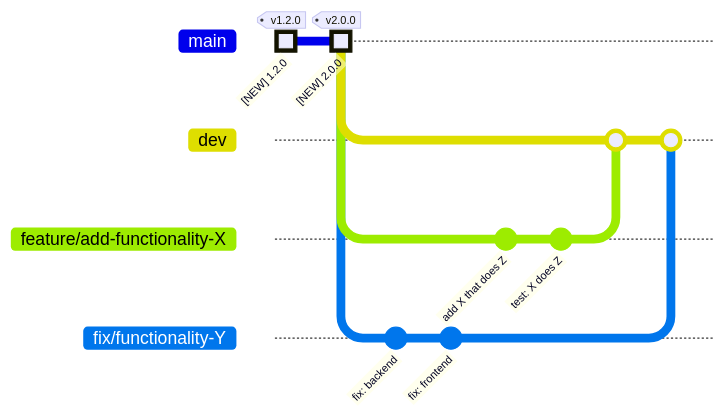
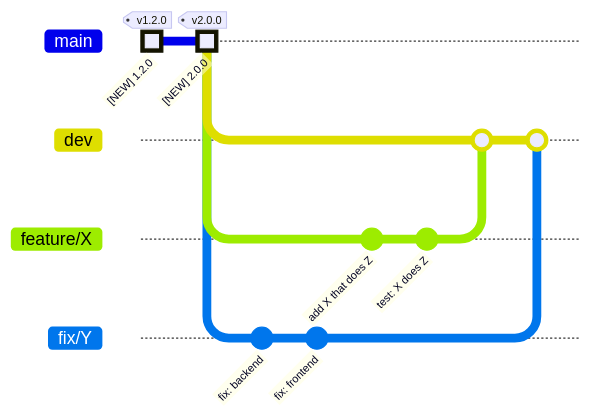
Before and after one commit to boromir674/automated-workflows: the fourth of 5 diagrams in docs/tutorials/branch_model_tutorial.md, drawn with Mermaid. The commit also changed other lines of this file and 2 other files, not shown here.

Commit message:
docs: update Site Navigation and 'Branch Model' Tutorial

````diff
--- a/docs/tutorials/branch_model_tutorial.md
+++ b/docs/tutorials/branch_model_tutorial.md
@@ -181,25 +182,26 @@
 ```mermaid
 %%{init: { 'logLevel': 'debug', 'gitGraph': {'showBranches': true, 
 'rotateCommitLabel': true,
 'showCommitLabel':true,'mainBranchName': 'main'}} }%%
 
 gitGraph
     commit id: "[NEW] 1.2.0" type: HIGHLIGHT tag: "v1.2.0"
     commit id: "[NEW] 2.0.0" type: HIGHLIGHT tag: "v2.0.0"
 
     branch dev
-    branch "feature/add-functionality-X"
-    branch "fix/functionality-Y"
+    checkout dev
+    branch "feature/X"
+    branch "fix/Y"
 
-    checkout "fix/functionality-Y"
+    checkout "fix/Y"
     commit id: "fix: backend"
     commit id: "fix: frontend"
 
-    checkout "feature/add-functionality-X"
+    checkout "feature/X"
     commit id: "add X that does Z"
     commit id: "test: X does Z"
 
     checkout dev
-    merge "feature/add-functionality-X"
-    merge "fix/functionality-Y"
+    merge "feature/X"
+    merge "fix/Y"
 ```
````
